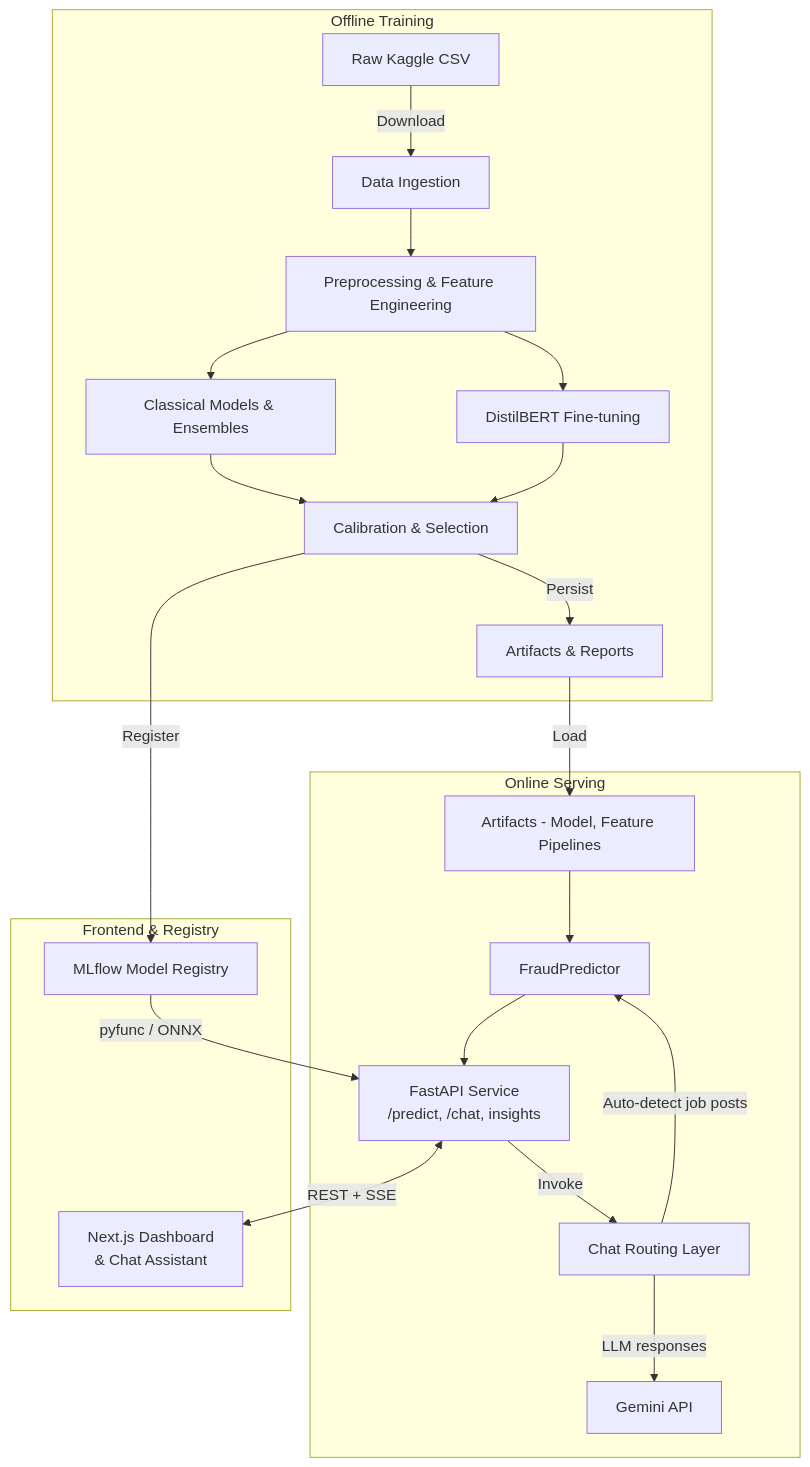
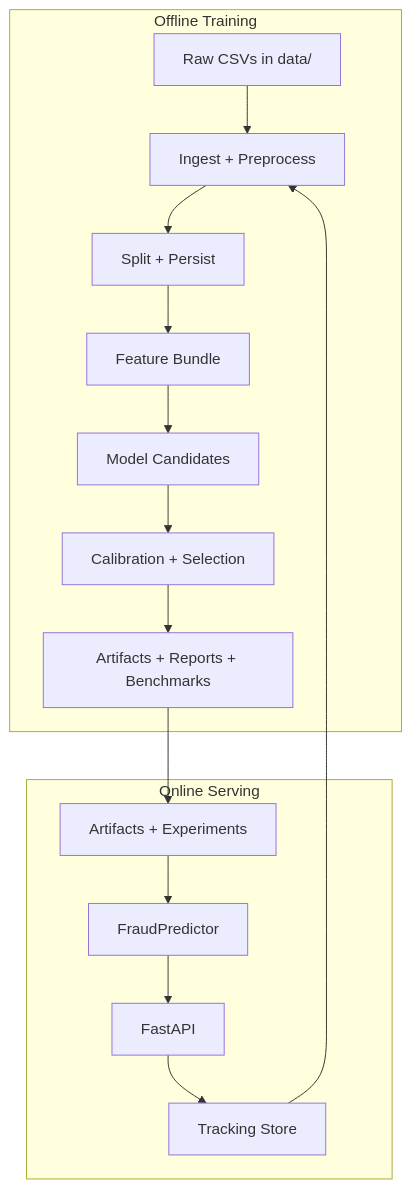
One commit to hoangsonww/Spot-the-Scam-AI-Job-Fraud changed the first of 4 diagrams in ARCHITECTURE.md. Above: the diagram before and after it, drawn with Mermaid. The commit also changed other lines of this file and 13 other files, not shown here.

````diff
--- a/ARCHITECTURE.md
+++ b/ARCHITECTURE.md
@@ -9,33 +27,22 @@
 ```mermaid
 flowchart TD
     subgraph Offline Training
-        A1[Raw Kaggle CSV] -->|Download| A2[Data Ingestion]
-        A2 --> A3[Preprocessing & Feature Engineering]
-        A3 --> A4[Classical Models & Ensembles]
-        A3 --> A5[DistilBERT Fine-tuning]
-        A4 --> A6[Calibration & Selection]
-        A5 --> A6
-        A6 -->|Persist| A7[Artifacts & Reports]
+        A1[Raw CSVs in data/] --> A2[Ingest + Preprocess]
+        A2 --> A3[Split + Persist]
+        A3 --> A4[Feature Bundle]
+        A4 --> A5[Model Candidates]
+        A5 --> A6[Calibration + Selection]
+        A6 --> A7[Artifacts + Reports + Benchmarks]
     end
 
     subgraph Online Serving
-        B1[FastAPI Service\n /predict, /chat, insights]
+        B1[FastAPI]
         B2[FraudPredictor]
-        B3[Artifacts - Model, Feature Pipelines]
-        B4[Gemini API]
-        B5[Chat Routing Layer]
+        B3[Artifacts + Experiments]
+        B4[Tracking Store]
     end
-    A7 -->|Load| B3
-    B3 --> B2 --> B1
-    B1 -->|Invoke| B5
-    B5 -->|Auto-detect job posts| B2
-    B5 -->|LLM responses| B4
 
-    subgraph Frontend & Registry
-        C1[Next.js Dashboard\n& Chat Assistant]
-        C2[MLflow Model Registry]
-    end
-    B1 <-->|REST + SSE| C1
-    A6 -->|Register| C2
-    C2 -->|pyfunc / ONNX| B1
+    A7 --> B3 --> B2 --> B1
+    B1 --> B4
+    B4 --> A2
 ```
````
